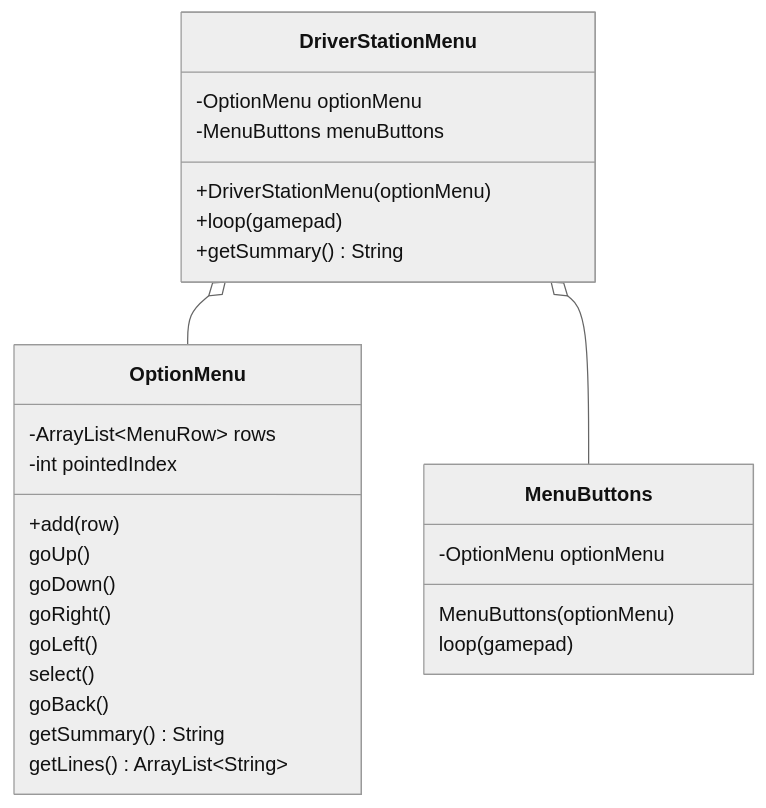
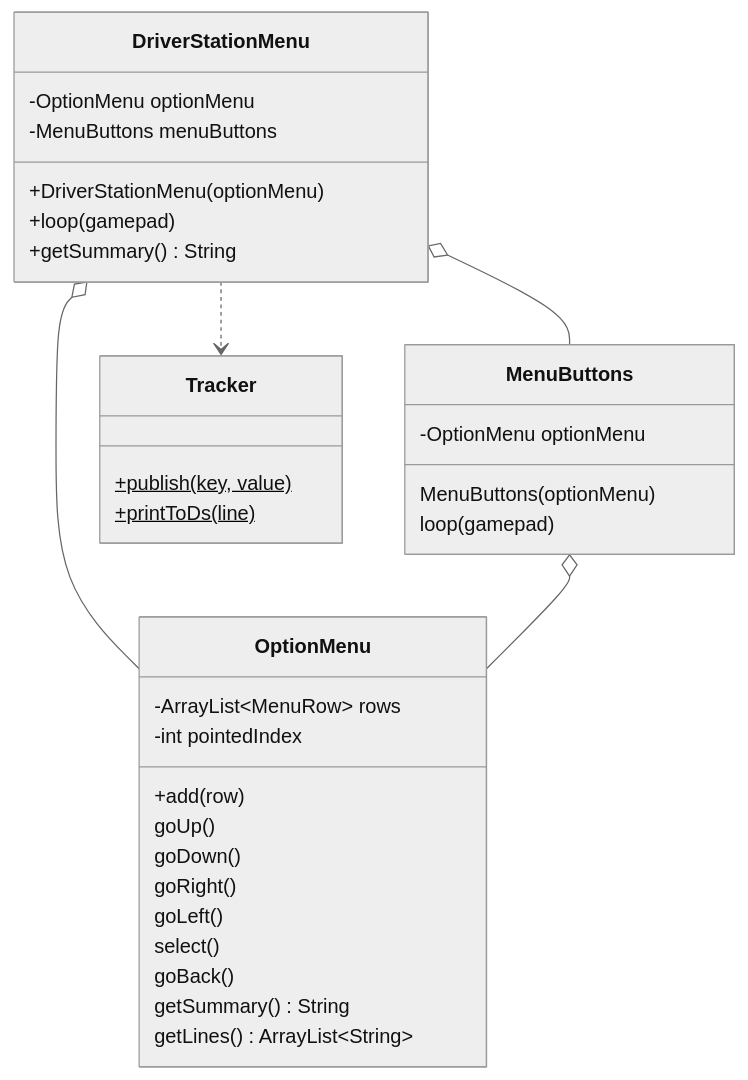
Before and after one commit to msb-stitt/ftc31459-26-27-biobuzz: the diagram in book/tools/mermaid/fig-l135-ds-menu.mmd, drawn with Mermaid (neutral theme). The commit also changed 4 other files, not shown here.

Commit message:
DriverStationMenu's class diagram shows Tracker, used, with the methods called; OptionMenu's draws MenuItem as only its name; L135's ceiling 2700 words; media pinned at 913d297.

```diff
--- a/book/tools/mermaid/fig-l135-ds-menu.mmd
+++ b/book/tools/mermaid/fig-l135-ds-menu.mmd
@@ -1,28 +1,34 @@
 classDiagram
     class DriverStationMenu {
         -OptionMenu optionMenu
         -MenuButtons menuButtons
         +DriverStationMenu(optionMenu)
         +loop(gamepad)
         +getSummary() String
     }
     class OptionMenu {
         -ArrayList~MenuRow~ rows
         -int pointedIndex
         +add(row)
         goUp()
         goDown()
         goRight()
         goLeft()
         select()
         goBack()
         getSummary() String
         getLines() ArrayList~String~
     }
     class MenuButtons {
         -OptionMenu optionMenu
         MenuButtons(optionMenu)
         loop(gamepad)
     }
+    class Tracker {
+        +publish(key, value)$
+        +printToDs(line)$
+    }
     DriverStationMenu o-- OptionMenu
     DriverStationMenu o-- MenuButtons
+    DriverStationMenu ..> Tracker
+    MenuButtons o-- OptionMenu
```
